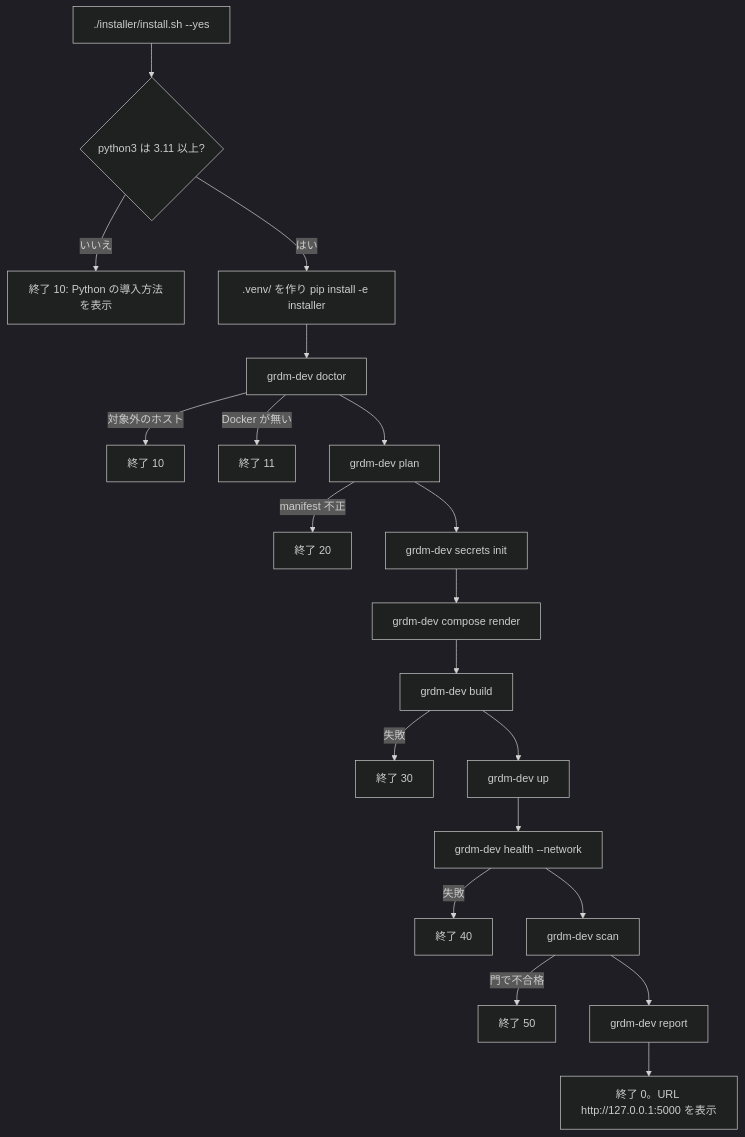
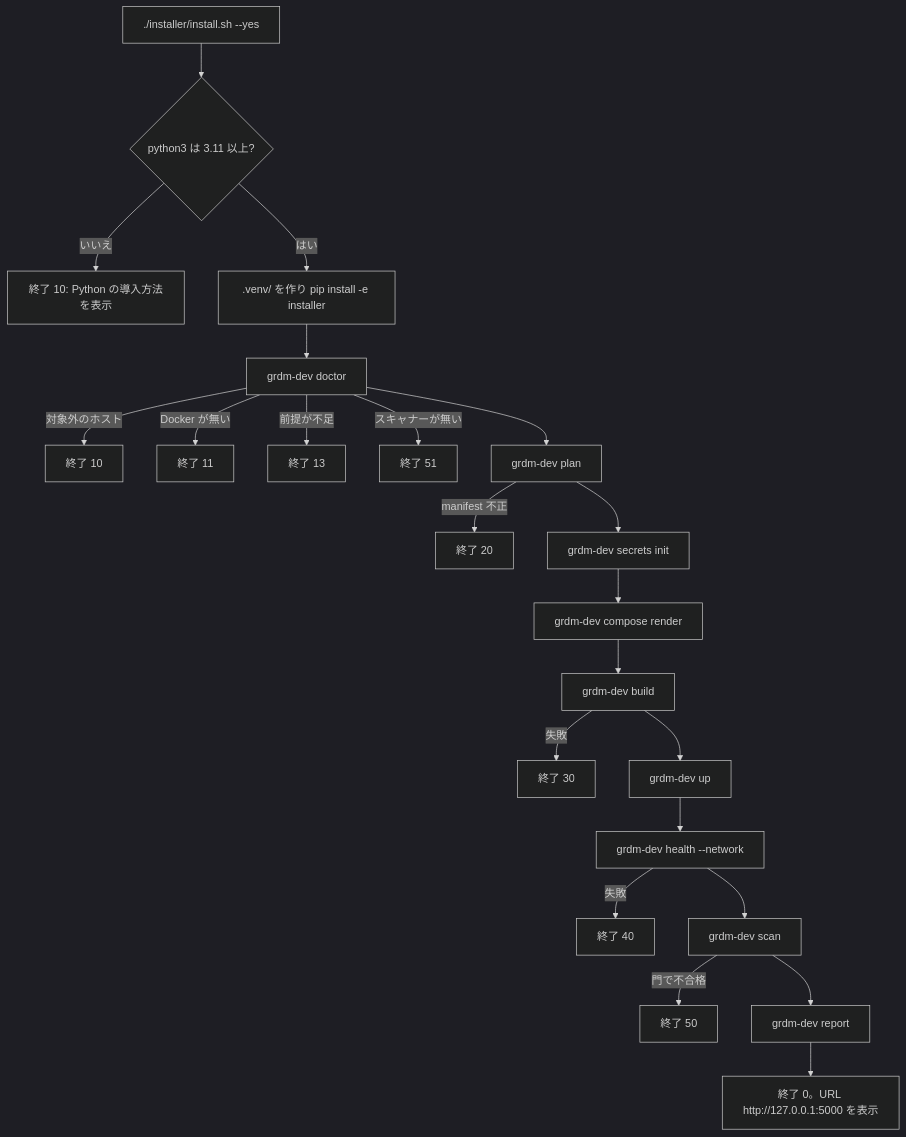
Before and after one commit to RCOSDP/RDM-developer-guide: the second of 2 diagrams in docs/spec/02_installer_cli.md, drawn with Mermaid (dark theme). The commit also changed other lines of this file and 23 other files, not shown here.

````diff
--- a/docs/spec/02_installer_cli.md
+++ b/docs/spec/02_installer_cli.md
@@ -245,22 +251,24 @@
 ```mermaid
 flowchart TD
   A[./installer/install.sh --yes] --> B{python3 は 3.11 以上?}
   B -- いいえ --> X10[終了 10: Python の導入方法を表示]
   B -- はい --> C[.venv/ を作り pip install -e installer]
   C --> D[grdm-dev doctor]
   D -- 対象外のホスト --> X10b[終了 10]
   D -- Docker が無い --> X11[終了 11]
+  D -- 前提が不足 --> X13[終了 13]
+  D -- スキャナーが無い --> X51[終了 51]
   D --> E[grdm-dev plan]
   E -- manifest 不正 --> X20[終了 20]
   E --> F[grdm-dev secrets init]
   F --> G[grdm-dev compose render]
   G --> H[grdm-dev build]
   H -- 失敗 --> X30[終了 30]
   H --> I[grdm-dev up]
   I --> J[grdm-dev health --network]
   J -- 失敗 --> X40[終了 40]
   J --> K[grdm-dev scan]
   K -- 門で不合格 --> X50[終了 50]
   K --> L[grdm-dev report]
   L --> Z[終了 0。URL http://127.0.0.1:5000 を表示]
 ```
````
